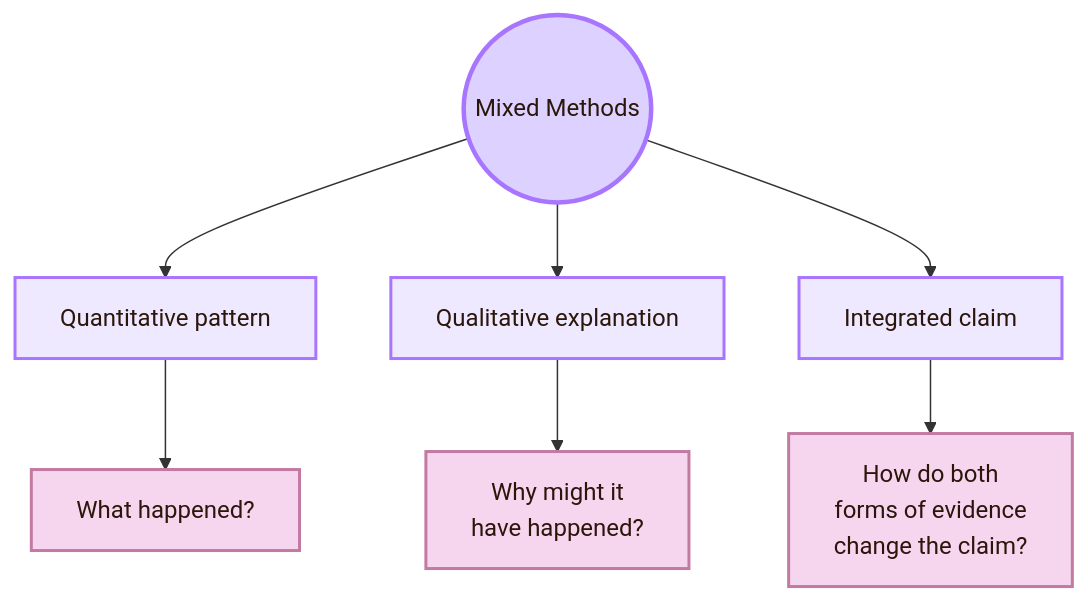
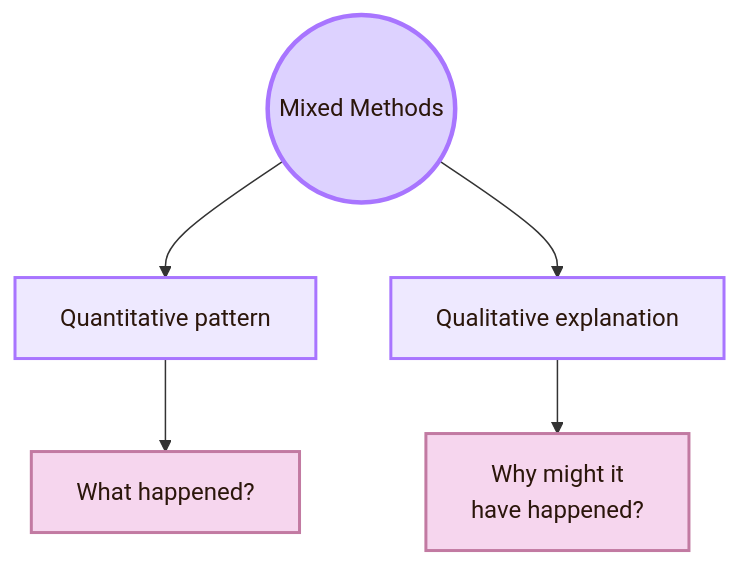
One commit to andreitegzes06-ui/CogniShire changed diagram 12 of 15 in 01_Core_Area_HCI/001_Subareas/03_Evaluating_the_Design/Open Problems.md. Above: the diagram before and after it, drawn with Mermaid. The commit also changed other lines of this file and 131 other files, not shown here.

````diff
--- a/01_Core_Area_HCI/001_Subareas/03_Evaluating_the_Design/Open Problems.md
+++ b/01_Core_Area_HCI/001_Subareas/03_Evaluating_the_Design/Open Problems.md
@@ -552,20 +530,18 @@
 ```mermaid
 flowchart TB
     A((Mixed Methods))
 
     A --> B[Quantitative pattern]
     A --> C[Qualitative explanation]
-    A --> D[Integrated claim]
 
     B --> B1[What happened?]
     C --> C1[Why might it<br/>have happened?]
-    D --> D1[How do both<br/>forms of evidence<br/>change the claim?]
 
     classDef center fill:#ddd2ff,stroke:#a875ff,color:#2b160b,stroke-width:3px;
     classDef node fill:#eee9ff,stroke:#a875ff,color:#2b160b,stroke-width:2px;
     classDef detail fill:#f6d6ee,stroke:#c27aa2,color:#2b160b,stroke-width:2px;
 
     class A center;
     class B,C,D node;
     class B1,C1,D1 detail;
 ```
````
